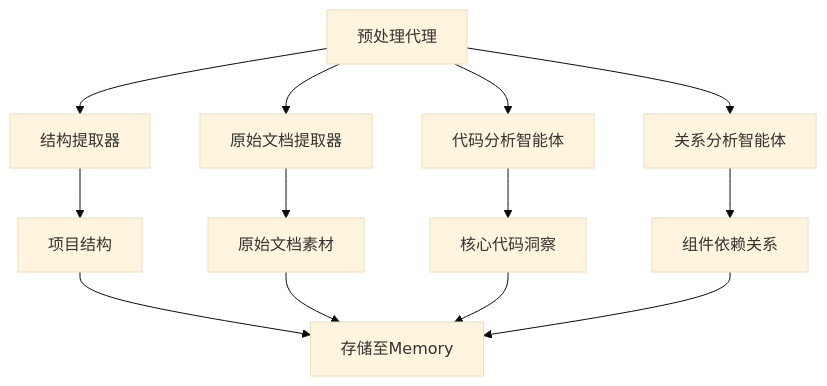
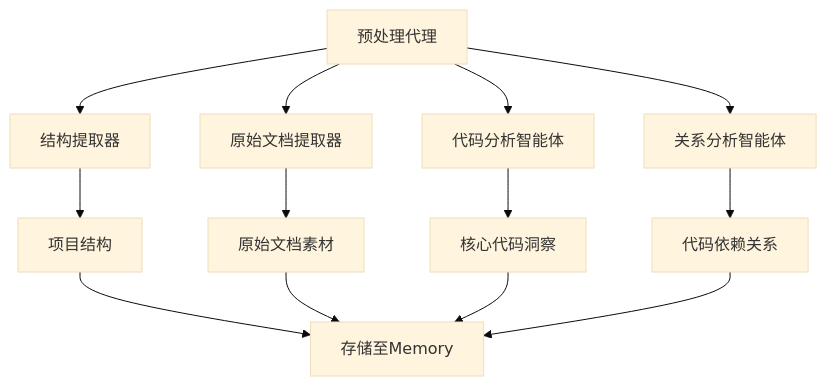
Before and after one commit to BigtoC/deepwiki-rs: the first of 5 diagrams in README_zh.md, drawn with Mermaid (base theme). The commit also changed 1 other file, not shown here.

Commit message:
Update diagram labels from component to code dependencies

````diff
--- a/README_zh.md
+++ b/README_zh.md
@@ -62,15 +62,15 @@
 ```mermaid
 flowchart TD
 A[预处理代理] --> B[结构提取器]
 A --> C[原始文档提取器]
 A --> D[代码分析智能体]
 A --> E[关系分析智能体]
 B --> F[项目结构]
 C --> G[原始文档素材]
 D --> H[核心代码洞察]
-E --> I[组件依赖关系]
+E --> I[代码依赖关系]
 F --> J[存储至Memory]
 G --> J
 H --> J
 I --> J
 ```
````
